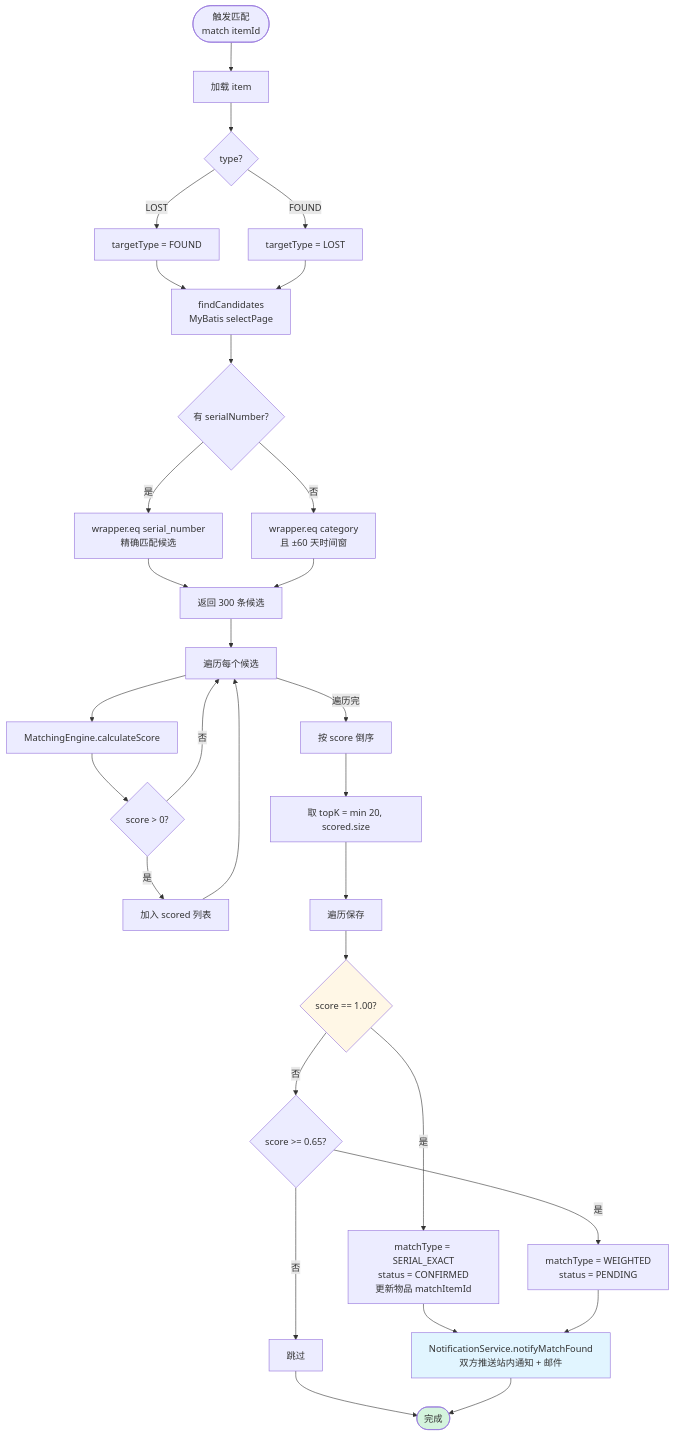
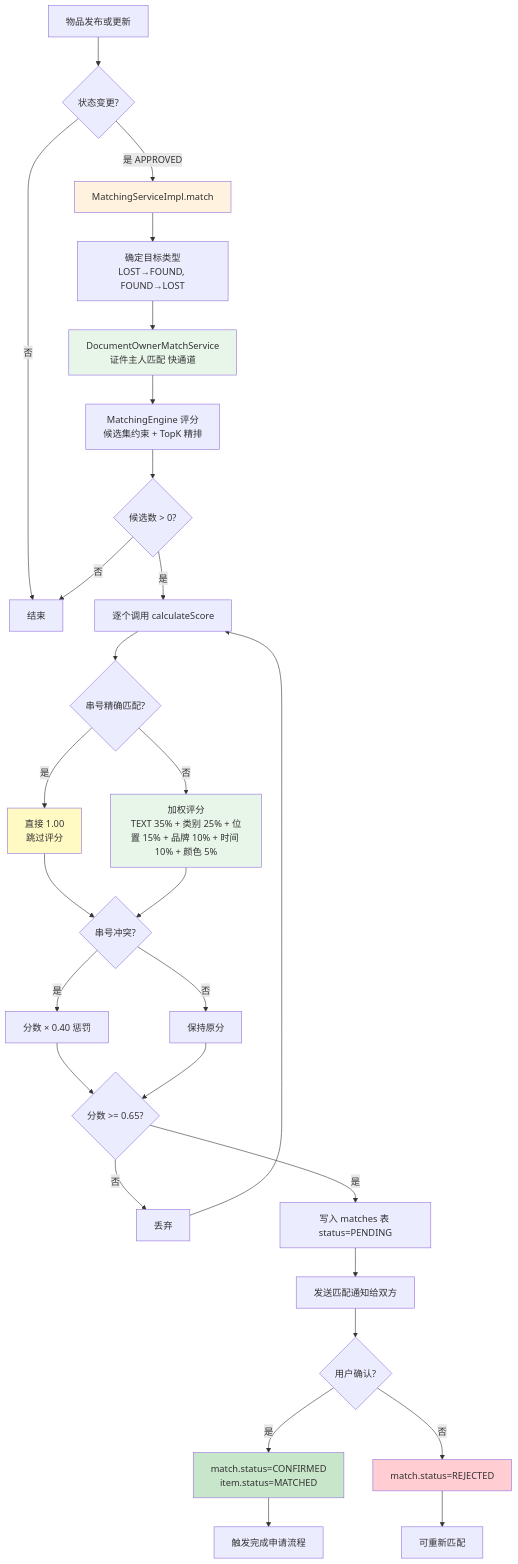
Before and after one commit to zwj-3193655211/campus-LostandFound: diagram 11 of 29 in docs/项目图表.md, drawn with Mermaid. The commit also changed other lines of this file and 51 other files, not shown here.

````diff
--- a/docs/项目图表.md
+++ b/docs/项目图表.md
@@ -456,47 +623,38 @@
 ```mermaid
 flowchart TD
-    Start([触发匹配<br/>match itemId]) --> Load[加载 item]
-    Load --> Type{type?}
+    A[物品发布或更新] --> B{状态变更?}
+    B -->|是 APPROVED| C[MatchingServiceImpl.match]
+    B -->|否| Z[结束]
 
-    Type -->|LOST| T_LOST[targetType = FOUND]
-    Type -->|FOUND| T_FOUND[targetType = LOST]
+    C --> D[确定目标类型<br/>LOST→FOUND, FOUND→LOST]
+    D --> E[DocumentOwnerMatchService<br/>证件主人匹配 快通道]
+    E --> E2[MatchingEngine 评分<br/>候选集约束 + TopK 精排]
+    E2 --> F{候选数 > 0?}
 
-    T_LOST --> Find[findCandidates<br/>MyBatis selectPage]
-    T_FOUND --> Find
+    F -->|否| Z
+    F -->|是| G[逐个调用 calculateScore]
+    G --> G1{串号精确匹配?}
+    G1 -->|是| G2[直接 1.00<br/>跳过评分]
+    G1 -->|否| H[加权评分<br/>TEXT 35% + 类别 25% + 位置 15% + 品牌 10% + 时间 10% + 颜色 5%]
+    G2 --> I
+    H --> I{串号冲突?}
+    I -->|是| I2[分数 × 0.40 惩罚]
+    I -->|否| I3[保持原分]
+    I2 --> J
+    I3 --> J{分数 >= 0.65?}
+    J -->|否| K[丢弃] --> G
+    J -->|是| L[写入 matches 表 status=PENDING]
+    L --> M[发送匹配通知给双方]
+    M --> N{用户确认?}
+    N -->|是| O[match.status=CONFIRMED<br/>item.status=MATCHED]
+    N -->|否| P[match.status=REJECTED]
+    O --> Q[触发完成申请流程]
+    P --> R[可重新匹配]
 
-    Find --> Cond{有 serialNumber?}
-    Cond -->|是| Serial[wrapper.eq serial_number<br/>精确匹配候选]
-    Cond -->|否| Cat[wrapper.eq category<br/>且 ±60 天时间窗]
-
-    Serial --> Candidates[返回 300 条候选]
-    Cat --> Candidates
-
-    Candidates --> Loop[遍历每个候选]
-    Loop --> Score[MatchingEngine.calculateScore]
-    Score --> Conf{score > 0?}
-
-    Conf -->|否| Loop
-    Conf -->|是| Add[加入 scored 列表]
-
-    Add --> Loop
-    Loop -->|遍历完| Sort[按 score 倒序]
-    Sort --> TopK[取 topK = min 20, scored.size]
-
-    TopK --> Save[遍历保存]
-    Save --> SerialEx{score == 1.00?}
-    SerialEx -->|是| TypeSE[matchType = SERIAL_EXACT<br/>status = CONFIRMED<br/>更新物品 matchItemId]
-    SerialEx -->|否| IsMatch{score >= 0.65?}
-    IsMatch -->|是| TypeWM[matchType = WEIGHTED<br/>status = PENDING]
-    IsMatch -->|否| Skip[跳过]
-
-    TypeSE --> Notif
-    TypeWM --> Notif
-    Skip --> Done([完成])
-
-    Notif[NotificationService.notifyMatchFound<br/>双方推送站内通知 + 邮件]
-    Notif --> Done
-
-    style SerialEx fill:#fff7e6
-    style Notif fill:#e1f5ff
-    style Done fill:#d4f4dd
+    style C fill:#fff3e0
+    style E fill:#e8f5e9
+    style H fill:#e8f5e9
+    style G2 fill:#fff9c4
+    style O fill:#c8e6c9
+    style P fill:#ffcdd2
 ```
````
